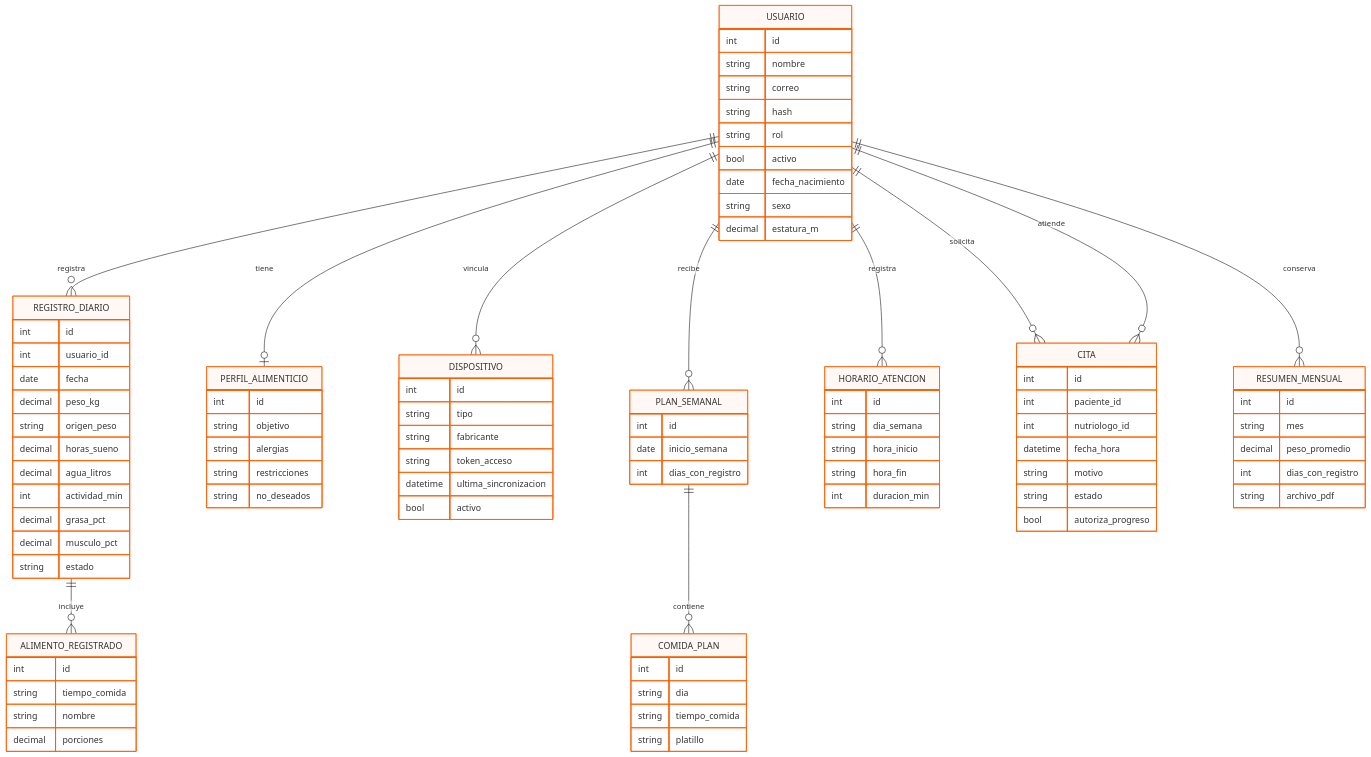
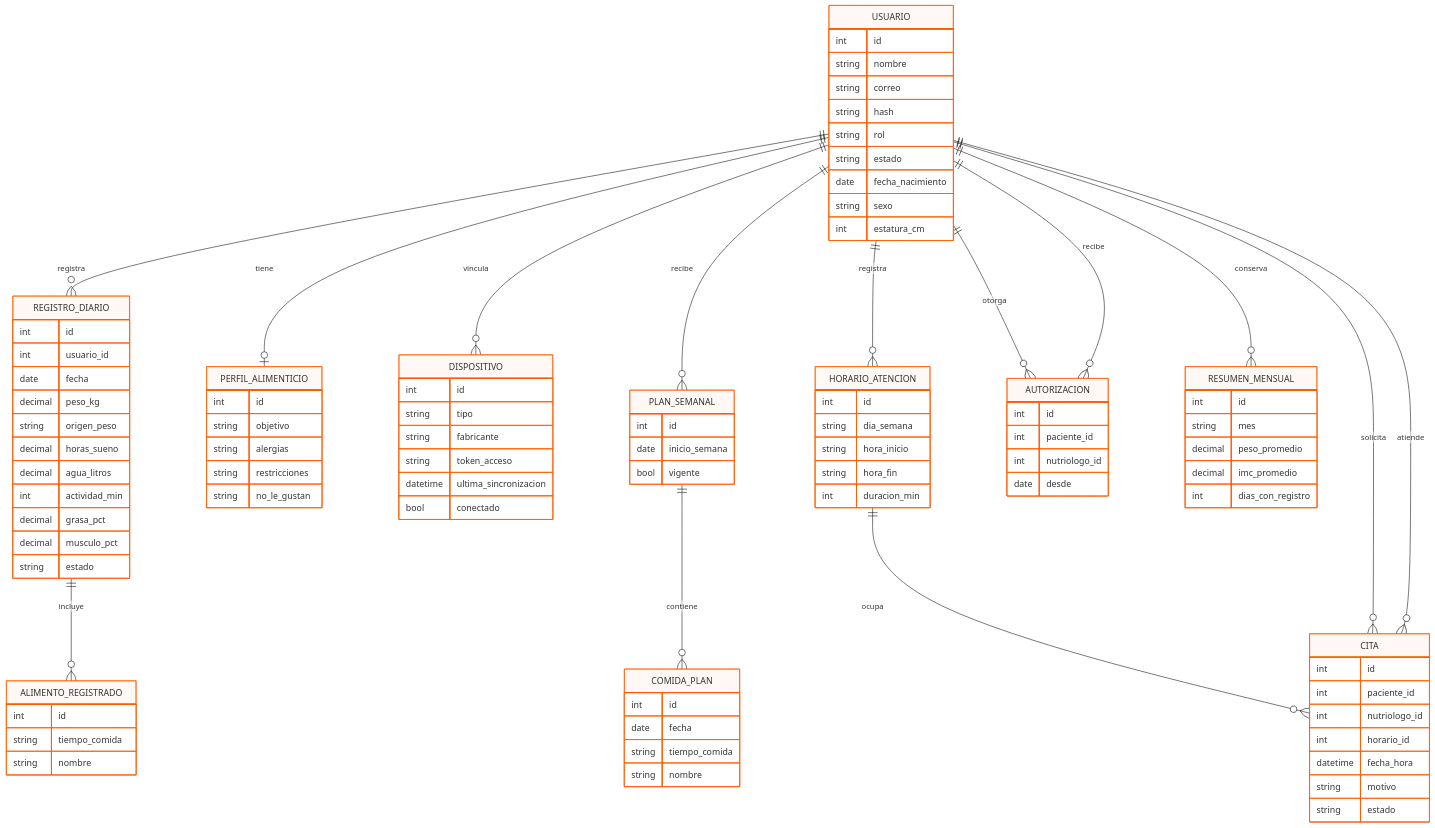
Before and after one commit to D1eVr/NutriGo-Nutritional-Analysis: the fifth of 5 diagrams in docs/arch/diagramas.md, drawn with Mermaid. The commit also changed other lines of this file and 13 other files, not shown here.

First line of the commit message:
Add architectural decision records and diagrams for NutriGo!

````diff
--- a/docs/arch/diagramas.md
+++ b/docs/arch/diagramas.md
@@ -361,8 +295,11 @@
     USUARIO ||--o{ PLAN_SEMANAL : recibe
     PLAN_SEMANAL ||--o{ COMIDA_PLAN : contiene
     USUARIO ||--o{ HORARIO_ATENCION : registra
+    HORARIO_ATENCION ||--o{ CITA : ocupa
     USUARIO ||--o{ CITA : solicita
     USUARIO ||--o{ CITA : atiende
+    USUARIO ||--o{ AUTORIZACION : otorga
+    USUARIO ||--o{ AUTORIZACION : recibe
     USUARIO ||--o{ RESUMEN_MENSUAL : conserva
 
     USUARIO {
@@ -371,10 +308,10 @@
         string correo
         string hash
         string rol
-        bool activo
+        string estado
         date fecha_nacimiento
         string sexo
-        decimal estatura_m
+        int estatura_cm
     }
     REGISTRO_DIARIO {
         int id
@@ -393,14 +330,13 @@
         int id
         string tiempo_comida
         string nombre
-        decimal porciones
     }
     PERFIL_ALIMENTICIO {
         int id
         string objetivo
         string alergias
         string restricciones
-        string no_deseados
+        string no_le_gustan
     }
     DISPOSITIVO {
         int id
@@ -408,18 +344,18 @@
         string fabricante
         string token_acceso
         datetime ultima_sincronizacion
-        bool activo
+        bool conectado
     }
     PLAN_SEMANAL {
         int id
         date inicio_semana
-        int dias_con_registro
+        bool vigente
     }
     COMIDA_PLAN {
         int id
-        string dia
+        date fecha
         string tiempo_comida
-        string platillo
+        string nombre
     }
     HORARIO_ATENCION {
         int id
@@ -432,16 +368,22 @@
         int id
         int paciente_id
         int nutriologo_id
+        int horario_id
         datetime fecha_hora
         string motivo
         string estado
-        bool autoriza_progreso
+    }
+    AUTORIZACION {
+        int id
+        int paciente_id
+        int nutriologo_id
+        date desde
     }
     RESUMEN_MENSUAL {
         int id
         string mes
         decimal peso_promedio
+        decimal imc_promedio
         int dias_con_registro
-        string archivo_pdf
     }
 ```
````
